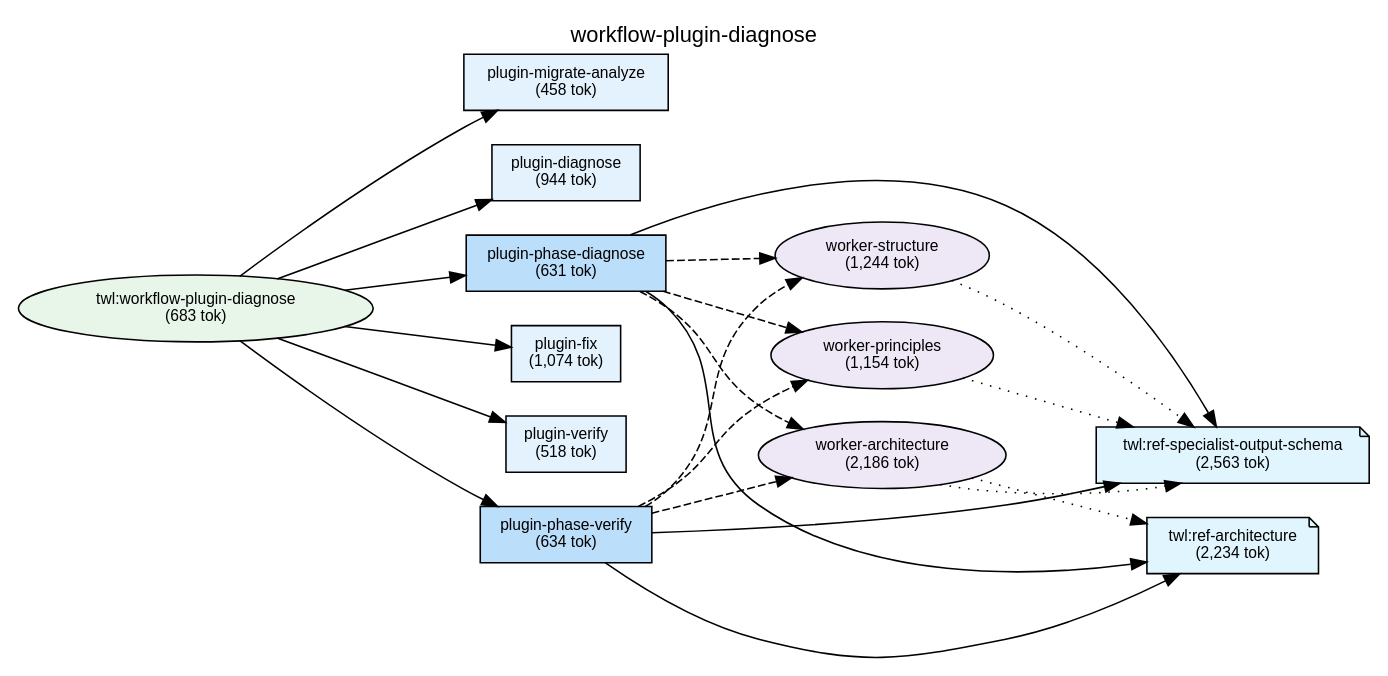
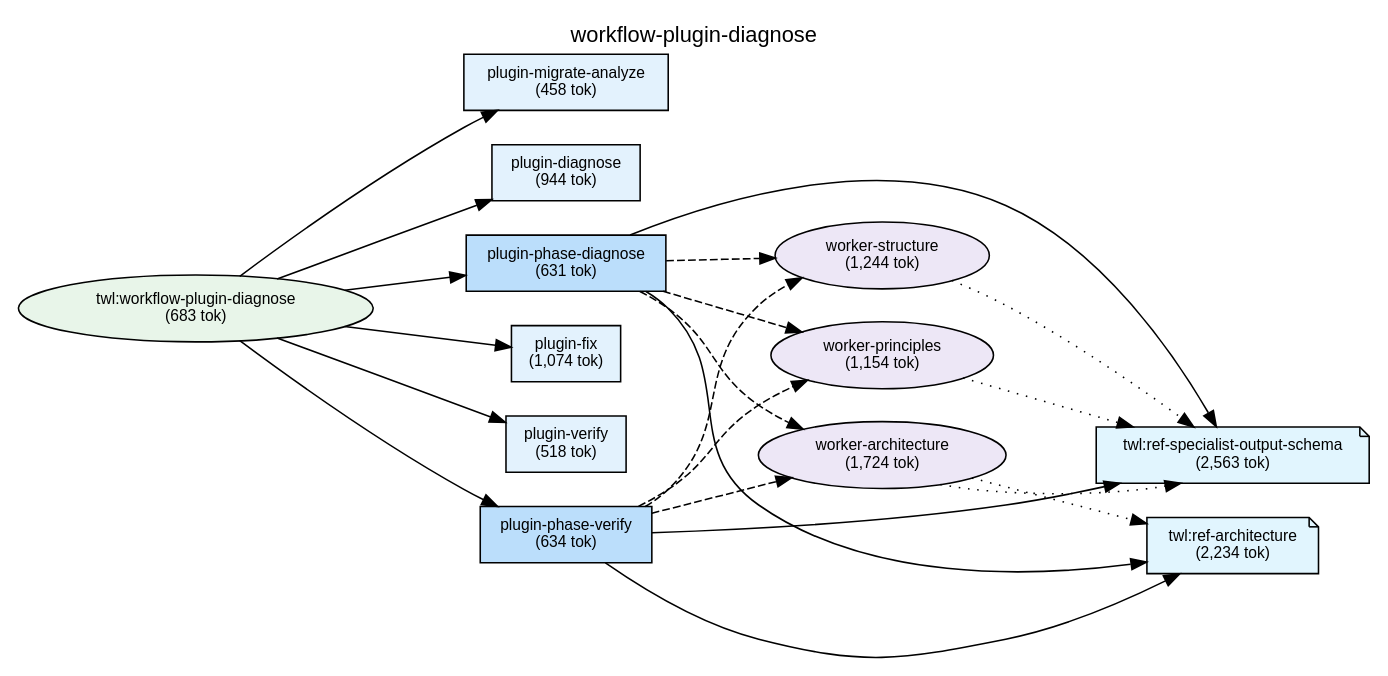
The diagram in plugins/twl/docs/deps-workflow-plugin-diagnose.dot (shuu5/twill), drawn with Graphviz before and after one commit. The commit also changed 29 other files, not shown here.

```diff
--- a/plugins/twl/docs/deps-workflow-plugin-diagnose.dot
+++ b/plugins/twl/docs/deps-workflow-plugin-diagnose.dot
@@ -1,89 +1,89 @@
 digraph Dependencies {
     // Graph settings
     rankdir=LR;
     ranksep=0.8;
     nodesep=0.3;
     fontname="Helvetica";
     node [fontname="Helvetica", fontsize=10];
     edge [fontname="Helvetica", fontsize=9];
     label="workflow-plugin-diagnose";
     labelloc=t;
     fontsize=14;
 
     // L0: Controller Skills
 
     // L0: Launchers
 
     // L0.5: Workflow Skills
     skill_workflow_plugin_diagnose [label="twl:workflow-plugin-diagnose\n(683 tok)", shape=ellipse, style=filled, fillcolor="#e8f5e9"];
 
     // Reference Skills
     skill_ref_specialist_output_schema [label="twl:ref-specialist-output-schema\n(2,563 tok)", shape=note, style=filled, fillcolor="#e1f5fe"];
     skill_ref_architecture [label="twl:ref-architecture\n(2,234 tok)", shape=note, style=filled, fillcolor="#e1f5fe"];
 
     // L1: Direct Commands
     cmd_plugin_migrate_analyze [label="plugin-migrate-analyze\n(458 tok)", shape=box, style=filled, fillcolor="#e3f2fd"];
     cmd_plugin_diagnose [label="plugin-diagnose\n(944 tok)", shape=box, style=filled, fillcolor="#e3f2fd"];
     cmd_plugin_fix [label="plugin-fix\n(1,074 tok)", shape=box, style=filled, fillcolor="#e3f2fd"];
     cmd_plugin_verify [label="plugin-verify\n(518 tok)", shape=box, style=filled, fillcolor="#e3f2fd"];
     cmd_plugin_phase_diagnose [label="plugin-phase-diagnose\n(631 tok)", shape=box, style=filled, fillcolor="#bbdefb"];
     cmd_plugin_phase_verify [label="plugin-phase-verify\n(634 tok)", shape=box, style=filled, fillcolor="#bbdefb"];
 
     // L2: Sub Commands
 
     // L3: Agents
     agent_worker_structure [label="worker-structure\n(1,244 tok)", shape=ellipse, style=filled, fillcolor="#ede7f6"];
     agent_worker_principles [label="worker-principles\n(1,154 tok)", shape=ellipse, style=filled, fillcolor="#ede7f6"];
-    agent_worker_architecture [label="worker-architecture\n(2,186 tok)", shape=ellipse, style=filled, fillcolor="#ede7f6"];
+    agent_worker_architecture [label="worker-architecture\n(1,724 tok)", shape=ellipse, style=filled, fillcolor="#ede7f6"];
 
     // L3.5: Scripts
 
     // L4: External
 
     // Layer constraints
     { rank=same; skill_workflow_plugin_diagnose; }
     { rank=same; skill_ref_specialist_output_schema; skill_ref_architecture; }
     { rank=same; cmd_plugin_migrate_analyze; cmd_plugin_diagnose; cmd_plugin_fix; cmd_plugin_verify; cmd_plugin_phase_diagnose; cmd_plugin_phase_verify; }
     { rank=same; agent_worker_structure; agent_worker_principles; agent_worker_architecture; }
 
     // Edges
     skill_workflow_plugin_diagnose -> cmd_plugin_migrate_analyze;
     skill_workflow_plugin_diagnose -> cmd_plugin_diagnose;
     skill_workflow_plugin_diagnose -> cmd_plugin_phase_diagnose;
     skill_workflow_plugin_diagnose -> cmd_plugin_fix;
     skill_workflow_plugin_diagnose -> cmd_plugin_verify;
     skill_workflow_plugin_diagnose -> cmd_plugin_phase_verify;
     cmd_plugin_phase_diagnose -> agent_worker_structure [style=dashed];
     cmd_plugin_phase_diagnose -> agent_worker_principles [style=dashed];
     cmd_plugin_phase_diagnose -> agent_worker_architecture [style=dashed];
     cmd_plugin_phase_diagnose -> skill_ref_specialist_output_schema;
     cmd_plugin_phase_diagnose -> skill_ref_architecture;
     cmd_plugin_phase_verify -> agent_worker_structure [style=dashed];
     cmd_plugin_phase_verify -> agent_worker_principles [style=dashed];
     cmd_plugin_phase_verify -> agent_worker_architecture [style=dashed];
     cmd_plugin_phase_verify -> skill_ref_specialist_output_schema;
     cmd_plugin_phase_verify -> skill_ref_architecture;
     agent_worker_structure -> skill_ref_specialist_output_schema [style=dotted];
     agent_worker_principles -> skill_ref_specialist_output_schema [style=dotted];
     agent_worker_architecture -> skill_ref_specialist_output_schema [style=dotted];
     agent_worker_architecture -> skill_ref_architecture [style=dotted];
 
     // Ordering constraints (invisible edges)
     cmd_plugin_migrate_analyze -> cmd_plugin_diagnose [style=invis, weight=10];
     cmd_plugin_diagnose -> cmd_plugin_phase_diagnose [style=invis, weight=10];
     cmd_plugin_phase_diagnose -> cmd_plugin_fix [style=invis, weight=10];
     cmd_plugin_fix -> cmd_plugin_verify [style=invis, weight=10];
     cmd_plugin_verify -> cmd_plugin_phase_verify [style=invis, weight=10];
     agent_worker_structure -> agent_worker_principles [style=invis, weight=10];
     agent_worker_principles -> agent_worker_architecture [style=invis, weight=10];
     agent_worker_architecture -> skill_ref_specialist_output_schema [style=invis, weight=10];
     skill_ref_specialist_output_schema -> skill_ref_architecture [style=invis, weight=10];
     agent_worker_structure -> agent_worker_principles [style=invis, weight=10];
     agent_worker_principles -> agent_worker_architecture [style=invis, weight=10];
     agent_worker_architecture -> skill_ref_specialist_output_schema [style=invis, weight=10];
     skill_ref_specialist_output_schema -> skill_ref_architecture [style=invis, weight=10];
     agent_worker_structure -> agent_worker_principles [style=invis, weight=10];
     agent_worker_structure -> agent_worker_principles [style=invis, weight=10];
     agent_worker_architecture -> skill_ref_specialist_output_schema [style=invis, weight=10];
 
 }
```
